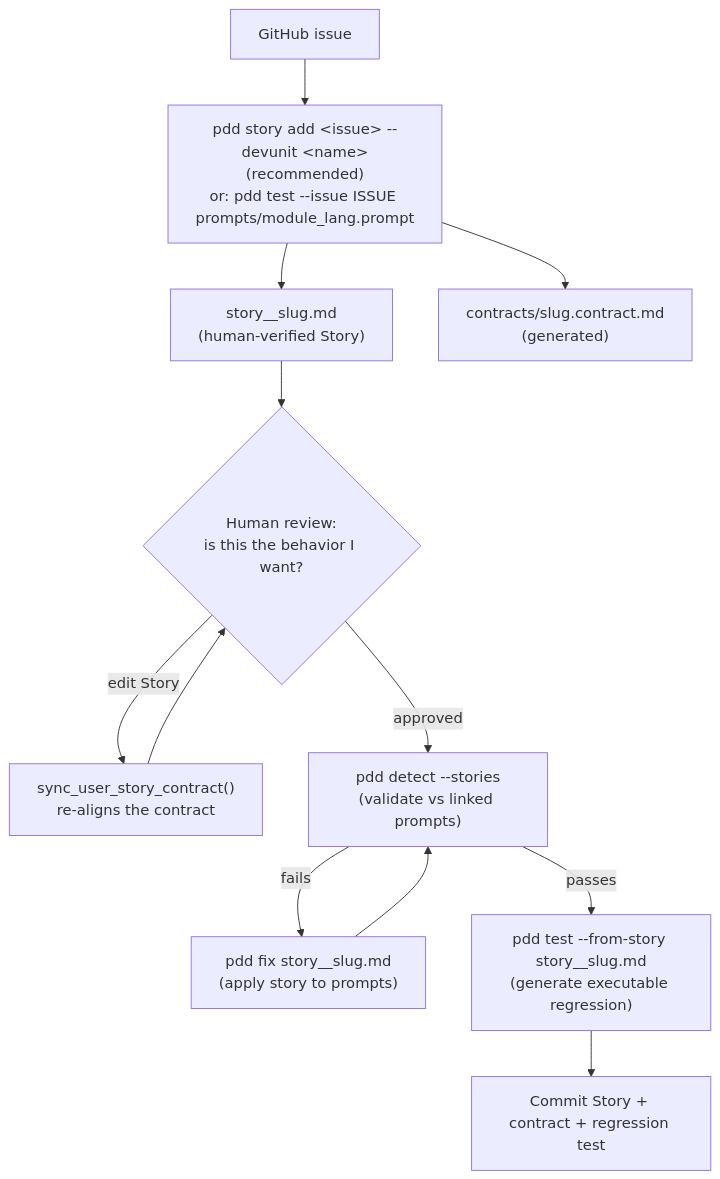
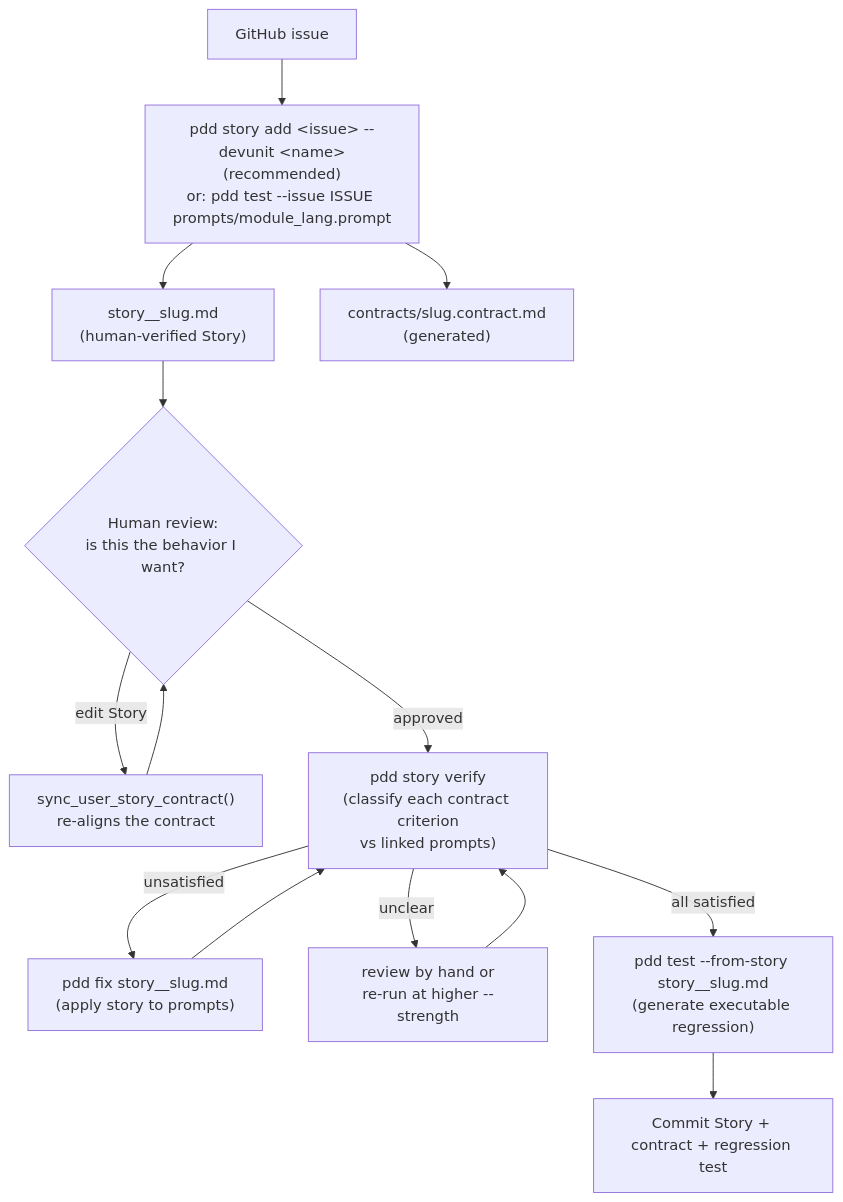
Before and after one commit to promptdriven/pdd: the diagram in docs/generating_user_stories.md, drawn with Mermaid. The commit also changed other lines of this file and 1 other file, not shown here.

First line of the commit message:
docs: present pdd story verify as the story verification command

````diff
--- a/docs/generating_user_stories.md
+++ b/docs/generating_user_stories.md
@@ -52,14 +52,16 @@
 ```mermaid
 flowchart TD
     A[GitHub issue] --> B["pdd story add &lt;issue&gt; --devunit &lt;name&gt;<br/>(recommended)<br/>or: pdd test --issue ISSUE prompts/module_lang.prompt"]
     B --> C["story__slug.md<br/>(human-verified Story)"]
     B --> D["contracts/slug.contract.md<br/>(generated)"]
     C --> E{"Human review:<br/>is this the behavior I want?"}
     E -- edit Story --> F["sync_user_story_contract()<br/>re-aligns the contract"]
     F --> E
-    E -- approved --> G["pdd detect --stories<br/>(validate vs linked prompts)"]
-    G -- fails --> H["pdd fix story__slug.md<br/>(apply story to prompts)"]
+    E -- approved --> G["pdd story verify<br/>(classify each contract criterion<br/>vs linked prompts)"]
+    G -- unsatisfied --> H["pdd fix story__slug.md<br/>(apply story to prompts)"]
     H --> G
-    G -- passes --> I["pdd test --from-story story__slug.md<br/>(generate executable regression)"]
+    G -- unclear --> K["review by hand or<br/>re-run at higher --strength"]
+    K --> G
+    G -- all satisfied --> I["pdd test --from-story story__slug.md<br/>(generate executable regression)"]
     I --> J[Commit Story + contract + regression test]
 ```
````
